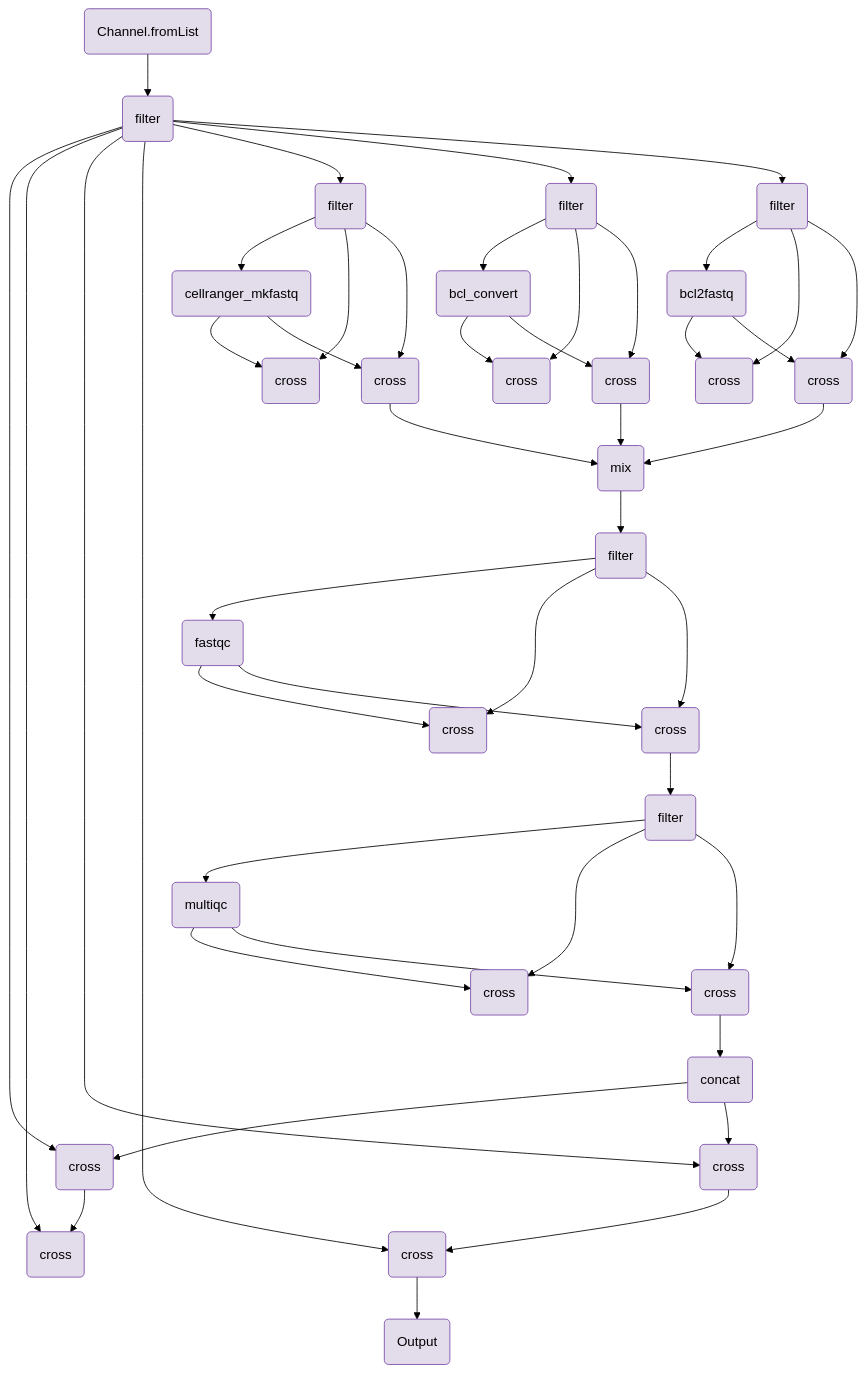
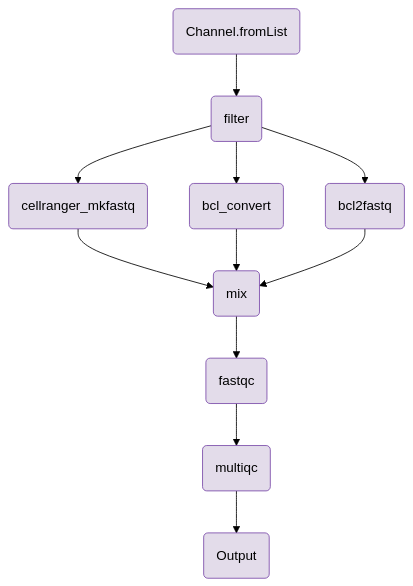
The diagram in components/workflows/ingestion/demux.qmd (openpipelines-bio/website), drawn with Mermaid (forest theme) before and after one commit. The commit also changed other lines of this file and 144 other files, not shown here.

````diff
--- a/components/workflows/ingestion/demux.qmd
+++ b/components/workflows/ingestion/demux.qmd
@@ -103,105 +103,31 @@
 flowchart TB
     v0(Channel.fromList)
     v2(filter)
-    v12(filter)
-    v20(cellranger_mkfastq)
-    v27(cross)
-    v37(cross)
-    v117(mix)
-    v48(filter)
-    v56(bcl_convert)
-    v63(cross)
-    v73(cross)
-    v84(filter)
-    v92(bcl2fastq)
-    v99(cross)
-    v109(cross)
-    v118(filter)
-    v126(fastqc)
-    v133(cross)
-    v143(cross)
-    v149(filter)
-    v179(concat)
-    v157(multiqc)
-    v164(cross)
-    v174(cross)
-    v186(cross)
-    v193(cross)
-    v205(cross)
-    v212(cross)
-    v216(Output)
-    v117-->v118
+    v19(cellranger_mkfastq)
+    v78(mix)
+    v42(bcl_convert)
+    v65(bcl2fastq)
+    v87(fastqc)
+    v107(multiqc)
+    v135(Output)
     v0-->v2
-    v12-->v20
-    v20-->v27
-    v12-->v27
-    v12-->v37
-    v48-->v56
-    v56-->v63
-    v48-->v63
-    v48-->v73
-    v84-->v92
-    v92-->v99
-    v84-->v99
-    v84-->v109
-    v118-->v126
-    v126-->v133
-    v118-->v133
-    v118-->v143
-    v149-->v157
-    v157-->v164
-    v149-->v164
-    v149-->v174
-    v174-->v179
-    v179-->v186
-    v2-->v186
-    v186-->v193
-    v2-->v193
-    v2-->v205
-    v205-->v212
-    v2-->v212
-    v212-->v216
-    v2-->v12
-    v37-->v117
-    v20-->v37
-    v2-->v48
-    v73-->v117
-    v56-->v73
-    v2-->v84
-    v109-->v117
-    v92-->v109
-    v143-->v149
-    v126-->v143
-    v157-->v174
-    v179-->v205
+    v2-->v19
+    v19-->v78
+    v2-->v42
+    v42-->v78
+    v2-->v65
+    v65-->v78
+    v78-->v87
+    v87-->v107
+    v107-->v135
     style v0 fill:#e3dcea,stroke:#7a4baa;
     style v2 fill:#e3dcea,stroke:#7a4baa;
-    style v12 fill:#e3dcea,stroke:#7a4baa;
-    style v20 fill:#e3dcea,stroke:#7a4baa;
-    style v27 fill:#e3dcea,stroke:#7a4baa;
-    style v37 fill:#e3dcea,stroke:#7a4baa;
-    style v117 fill:#e3dcea,stroke:#7a4baa;
-    style v48 fill:#e3dcea,stroke:#7a4baa;
-    style v56 fill:#e3dcea,stroke:#7a4baa;
-    style v63 fill:#e3dcea,stroke:#7a4baa;
-    style v73 fill:#e3dcea,stroke:#7a4baa;
-    style v84 fill:#e3dcea,stroke:#7a4baa;
-    style v92 fill:#e3dcea,stroke:#7a4baa;
-    style v99 fill:#e3dcea,stroke:#7a4baa;
-    style v109 fill:#e3dcea,stroke:#7a4baa;
-    style v118 fill:#e3dcea,stroke:#7a4baa;
-    style v126 fill:#e3dcea,stroke:#7a4baa;
-    style v133 fill:#e3dcea,stroke:#7a4baa;
-    style v143 fill:#e3dcea,stroke:#7a4baa;
-    style v149 fill:#e3dcea,stroke:#7a4baa;
-    style v179 fill:#e3dcea,stroke:#7a4baa;
-    style v157 fill:#e3dcea,stroke:#7a4baa;
-    style v164 fill:#e3dcea,stroke:#7a4baa;
-    style v174 fill:#e3dcea,stroke:#7a4baa;
-    style v186 fill:#e3dcea,stroke:#7a4baa;
-    style v193 fill:#e3dcea,stroke:#7a4baa;
-    style v205 fill:#e3dcea,stroke:#7a4baa;
-    style v212 fill:#e3dcea,stroke:#7a4baa;
-    style v216 fill:#e3dcea,stroke:#7a4baa;
+    style v19 fill:#e3dcea,stroke:#7a4baa;
+    style v78 fill:#e3dcea,stroke:#7a4baa;
+    style v42 fill:#e3dcea,stroke:#7a4baa;
+    style v65 fill:#e3dcea,stroke:#7a4baa;
+    style v87 fill:#e3dcea,stroke:#7a4baa;
+    style v107 fill:#e3dcea,stroke:#7a4baa;
+    style v135 fill:#e3dcea,stroke:#7a4baa;
 
 ```
````
